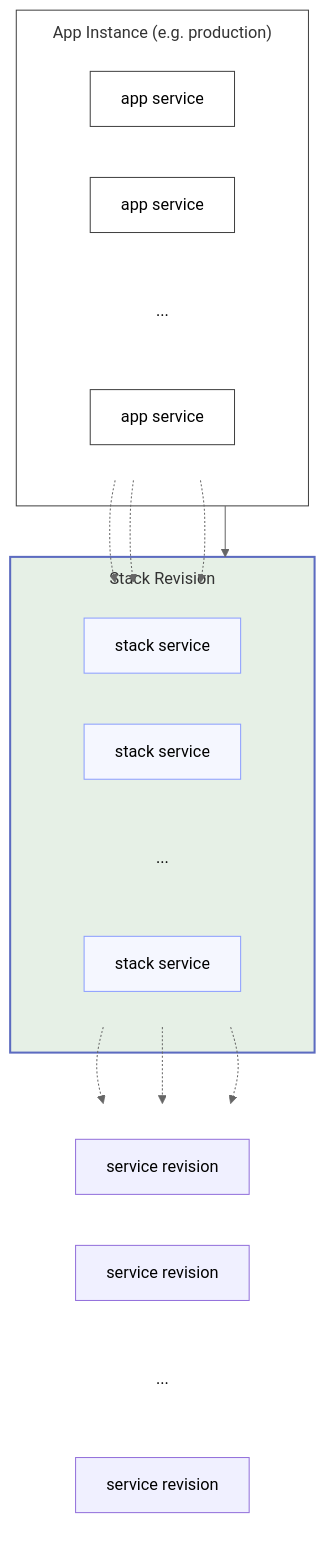
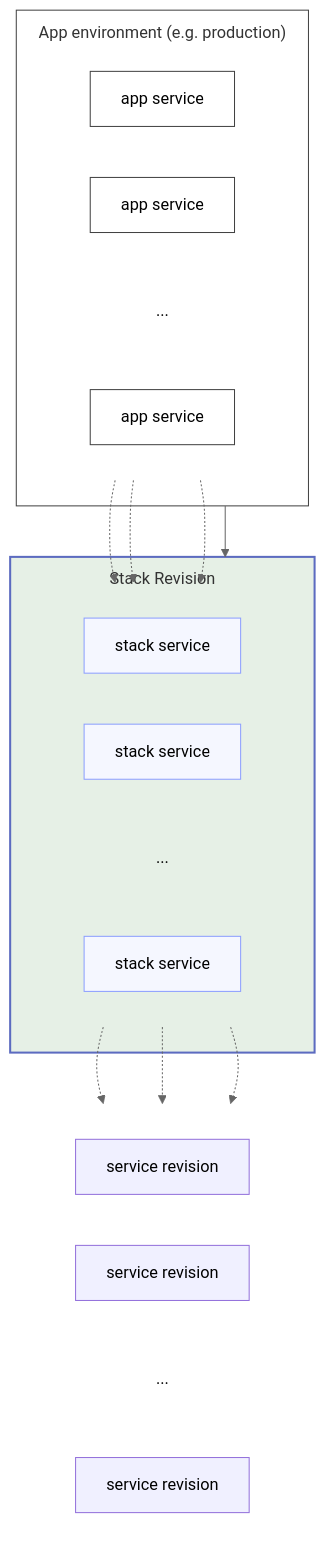
One commit to wodby/docs changed the diagram in 2.0/docs/apps/services.md. Above: the diagram before and after it, drawn with Mermaid (neutral theme). The commit also changed other lines of this file and 84 other files, not shown here.

First line of the commit message:
Document app environments and fixed environment types

````diff
--- a/2.0/docs/apps/services.md
+++ b/2.0/docs/apps/services.md
@@ -5,57 +5,57 @@
 ```mermaid
 flowchart TD
-    subgraph APP["<div style='margin-top:10px; white-space: nowrap;'>App Instance (e.g. production)</div>"]
+    subgraph APP["<div style='margin-top:10px; white-space: nowrap;'>App environment (e.g. production)</div>"]
         subgraph sapp[ ]
             direction LR
             app1["app service"]
             app2["app service"]
             appEllipsis["..."]
             app3["app service"]
         end
         style sapp fill:none,stroke:none,stroke-width:0px
     end
 
     subgraph SR["<div style='margin-top:10px; white-space: nowrap;'>Stack Revision</div>"]
         subgraph sstack[ ]
             direction LR
             stack1["stack service"]
             stack2["stack service"]
             stackEllipsis["..."]
             stack3["stack service"]
         end
         style sstack fill:none,stroke:none,stroke-width:0px
     end
 
     subgraph sr[ ]
         direction LR
         svc1["service revision"] 
         svc2["service revision"] 
         svcEllipsis["..."]
         svc3["service revision"]
     end
     style sr fill:none,stroke:none,stroke-width:0px
 
     app1 -.-> stack1
     app2 -.-> stack2
     app3 -.-> stack3
 
     stack1 -.-> svc1
     stack2 -.-> svc2
     stack3 -.-> svc3
 
     APP --> SR
 
     classDef serviceRevision fill:#f0f0ff,stroke:#9370db,stroke-width:1px
     classDef stackRevision fill:#e6f0e6,stroke:#5c6bc0,stroke-width:2px
     classDef stackService fill:#f5f7ff,stroke:#8c9eff,stroke-width:1px
     classDef appInstance fill:#ffffff,stroke:#424242,stroke-width:1px
     classDef appService fill:#ffffff,stroke:#424242,stroke-width:1px
     classDef ellipsis fill:none,stroke:none
 
     class svc1,svc2,svc3 serviceRevision
     class SR stackRevision
     class stack1,stack2,stack3 stackService
     class APP appInstance
     class app1,app2,app3 appService
     class stackEllipsis,appEllipsis,svcEllipsis ellipsis
 ```
````
